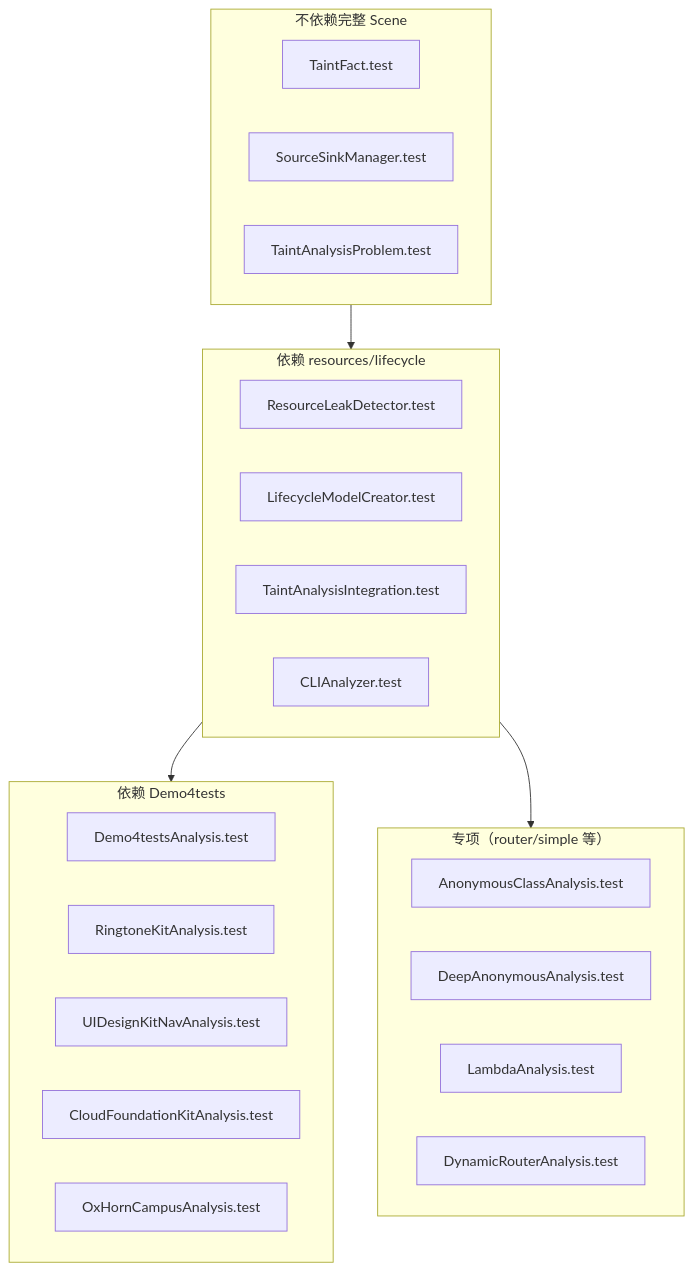
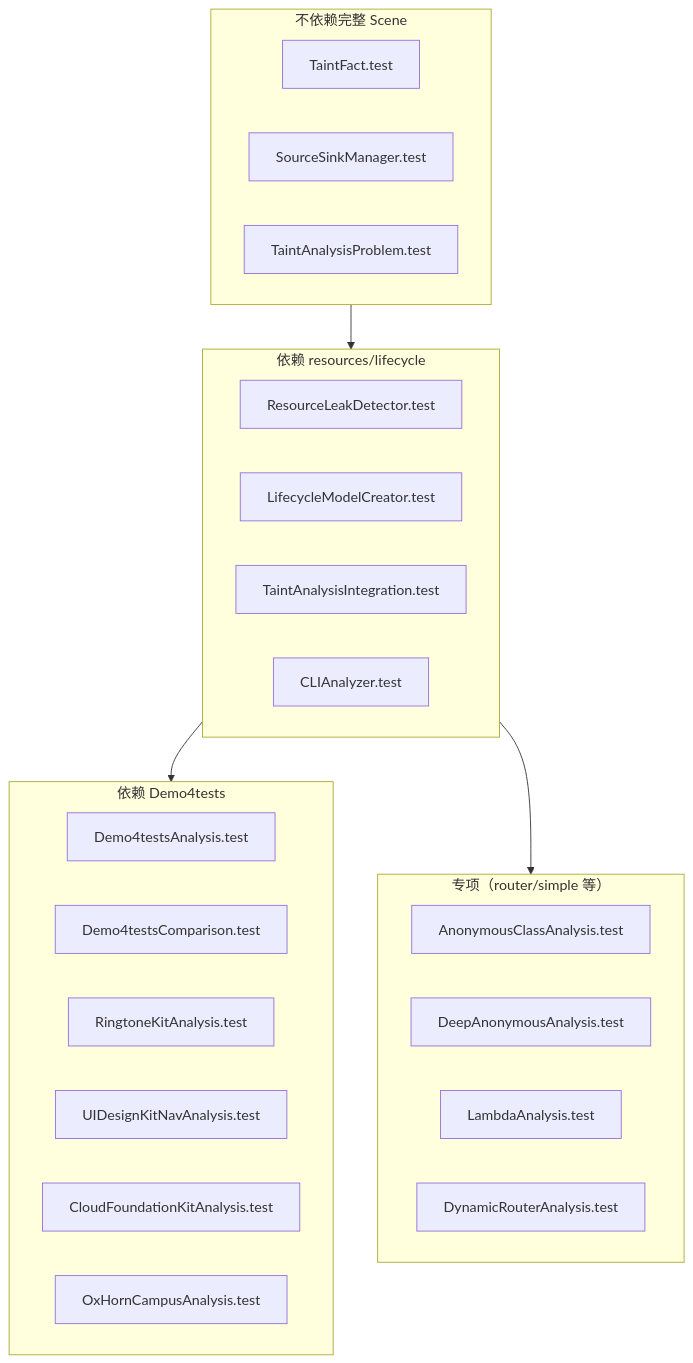
The third of 4 diagrams in arkanalyzer-master/arkanalyzer-master/tests/unit/lifecycle/README.md (nomadJeo/typescript_lifecycle), drawn with Mermaid before and after one commit. The commit also changed other lines of this file and 34 other files, not shown here.

````diff
--- a/arkanalyzer-master/arkanalyzer-master/tests/unit/lifecycle/README.md
+++ b/arkanalyzer-master/arkanalyzer-master/tests/unit/lifecycle/README.md
@@ -210,30 +217,31 @@
 ```mermaid
 flowchart TB
     subgraph 无Scene["不依赖完整 Scene"]
         TaintFact[TaintFact.test]
         SSM[SourceSinkManager.test]
         TAP[TaintAnalysisProblem.test]
     end
     subgraph 小项目["依赖 resources/lifecycle"]
         RLD[ResourceLeakDetector.test]
         LMC[LifecycleModelCreator.test]
         TAI[TaintAnalysisIntegration.test]
         CLI[CLIAnalyzer.test]
     end
     subgraph Demo4["依赖 Demo4tests"]
         D4[Demo4testsAnalysis.test]
+        D4C[Demo4testsComparison.test]
         RKT[RingtoneKitAnalysis.test]
         UID[UIDesignKitNavAnalysis.test]
         CFK[CloudFoundationKitAnalysis.test]
         OXC[OxHornCampusAnalysis.test]
     end
     subgraph 专项["专项（router/simple 等）"]
         Anon[AnonymousClassAnalysis.test]
         Deep[DeepAnonymousAnalysis.test]
         Lambda[LambdaAnalysis.test]
         DynR[DynamicRouterAnalysis.test]
     end
     无Scene --> 小项目
     小项目 --> Demo4
     小项目 --> 专项
 ```
````
